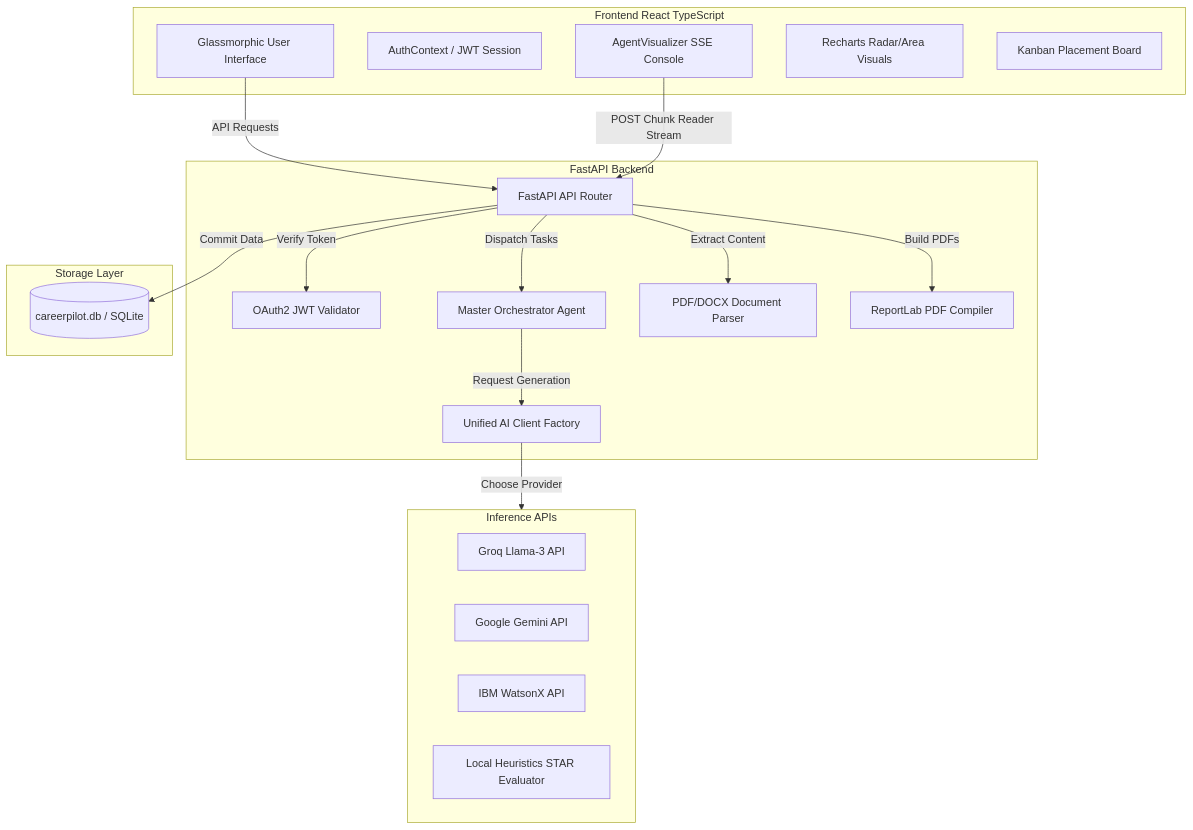
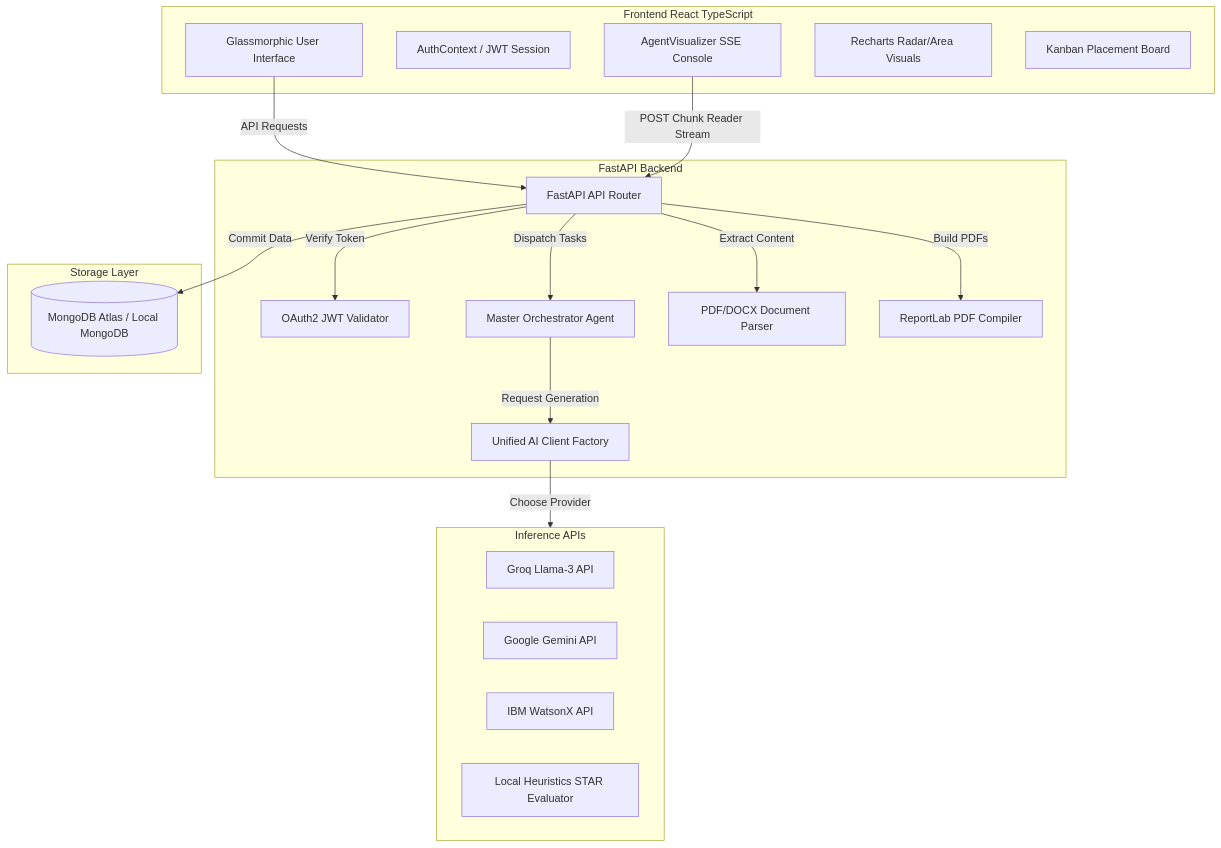
Before and after one commit to burgerbeast7/careerpilot-ai: the first of 2 diagrams in README.md, drawn with Mermaid. The commit also changed other lines of this file and 7 other files, not shown here.

````diff
--- a/README.md
+++ b/README.md
@@ -24,40 +24,40 @@
 ```mermaid
 flowchart TD
     subgraph Client [Frontend React TypeScript]
         UI[Glassmorphic User Interface]
         Auth[AuthContext / JWT Session]
         Visualizer[AgentVisualizer SSE Console]
         Charts[Recharts Radar/Area Visuals]
         Kanban[Kanban Placement Board]
     end
 
     subgraph API_Gateway [FastAPI Backend]
         Router[FastAPI API Router]
         JWT[OAuth2 JWT Validator]
         Orchestrator[Master Orchestrator Agent]
         Parser[PDF/DOCX Document Parser]
         AIFactory[Unified AI Client Factory]
         PDFGen[ReportLab PDF Compiler]
     end
 
     subgraph Database [Storage Layer]
-        SQLite[(careerpilot.db / SQLite)]
+        MongoDB[(MongoDB Atlas / Local MongoDB)]
     end
 
     subgraph LLM_Providers [Inference APIs]
         Groq[Groq Llama-3 API]
         Gemini[Google Gemini API]
         WatsonX[IBM WatsonX API]
         LocalHeuristics[Local Heuristics STAR Evaluator]
     end
 
     UI -->|API Requests| Router
     Visualizer -->|POST Chunk Reader Stream| Router
     Router -->|Verify Token| JWT
     Router -->|Dispatch Tasks| Orchestrator
     Router -->|Extract Content| Parser
     Router -->|Build PDFs| PDFGen
     Orchestrator -->|Request Generation| AIFactory
     AIFactory -->|Choose Provider| LLM_Providers
-    Router -->|Commit Data| SQLite
+    Router -->|Commit Data| MongoDB
 ```
````
